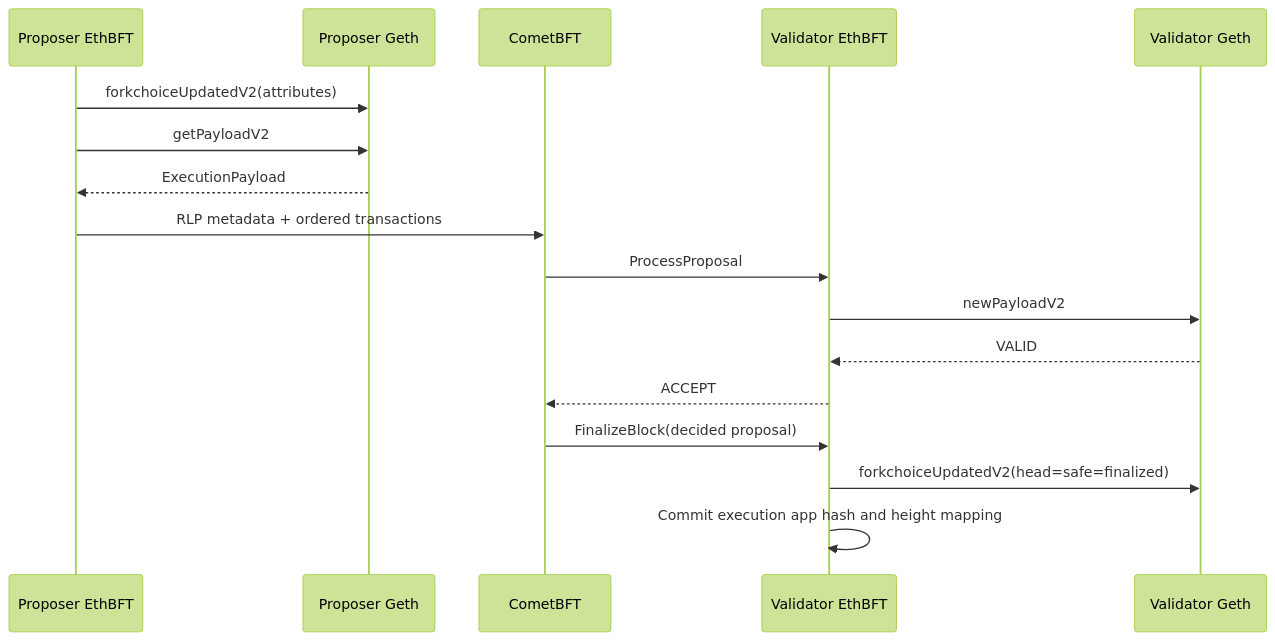
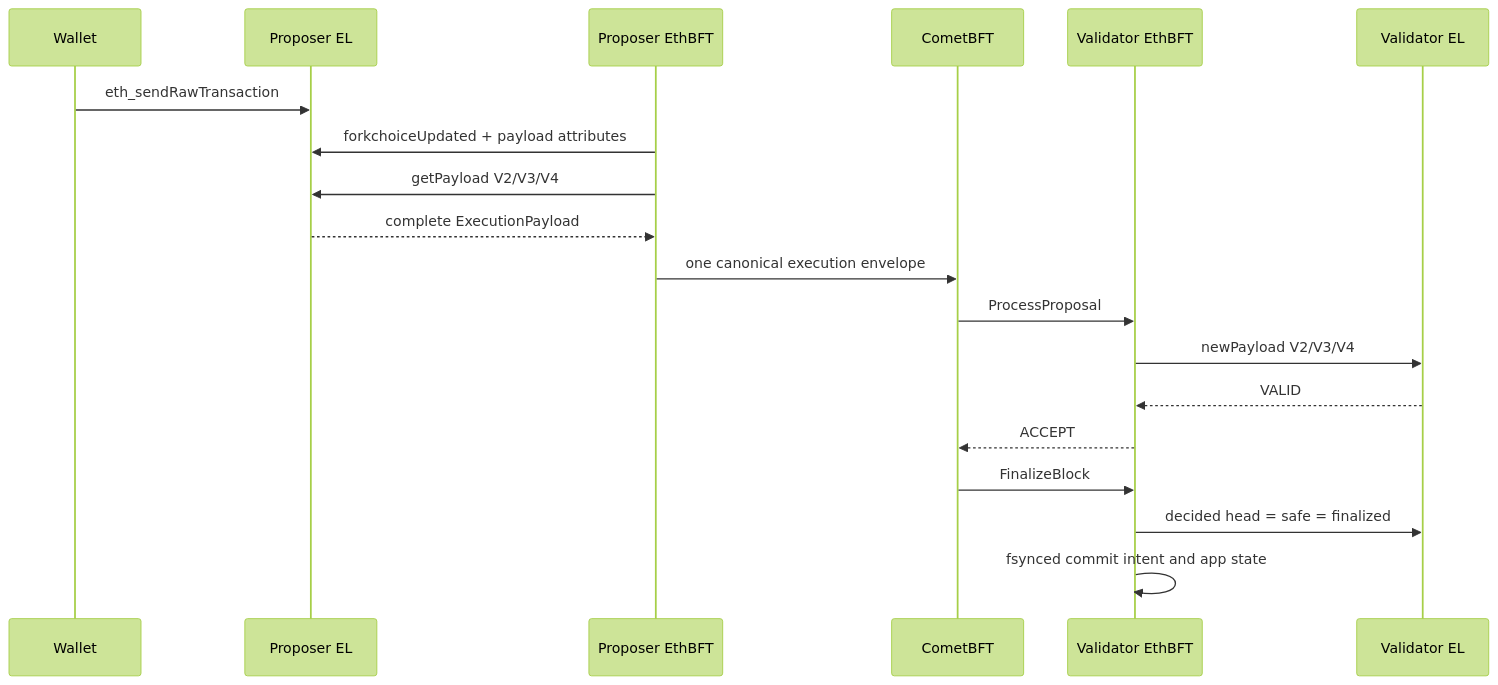
Before and after one commit to smallyunet/ethbft: the diagram in docs/guide/architecture.md, drawn with Mermaid (forest theme). The commit also changed other lines of this file and 65 other files, not shown here.

````diff
--- a/docs/guide/architecture.md
+++ b/docs/guide/architecture.md
@@ -7,20 +3,21 @@
 ```mermaid
 sequenceDiagram
+    participant U as Wallet
+    participant PE as Proposer EL
     participant P as Proposer EthBFT
-    participant PE as Proposer Geth
     participant C as CometBFT
     participant V as Validator EthBFT
-    participant VE as Validator Geth
-
-    P->>PE: forkchoiceUpdatedV2(attributes)
-    P->>PE: getPayloadV2
-    PE-->>P: ExecutionPayload
-    P->>C: RLP metadata + ordered transactions
+    participant VE as Validator EL
+    U->>PE: eth_sendRawTransaction
+    P->>PE: forkchoiceUpdated + payload attributes
+    P->>PE: getPayload V2/V3/V4
+    PE-->>P: complete ExecutionPayload
+    P->>C: one canonical execution envelope
     C->>V: ProcessProposal
-    V->>VE: newPayloadV2
+    V->>VE: newPayload V2/V3/V4
     VE-->>V: VALID
     V-->>C: ACCEPT
-    C->>V: FinalizeBlock(decided proposal)
-    V->>VE: forkchoiceUpdatedV2(head=safe=finalized)
-    V->>V: Commit execution app hash and height mapping
+    C->>V: FinalizeBlock
+    V->>VE: decided head = safe = finalized
+    V->>V: fsynced commit intent and app state
 ```
````
